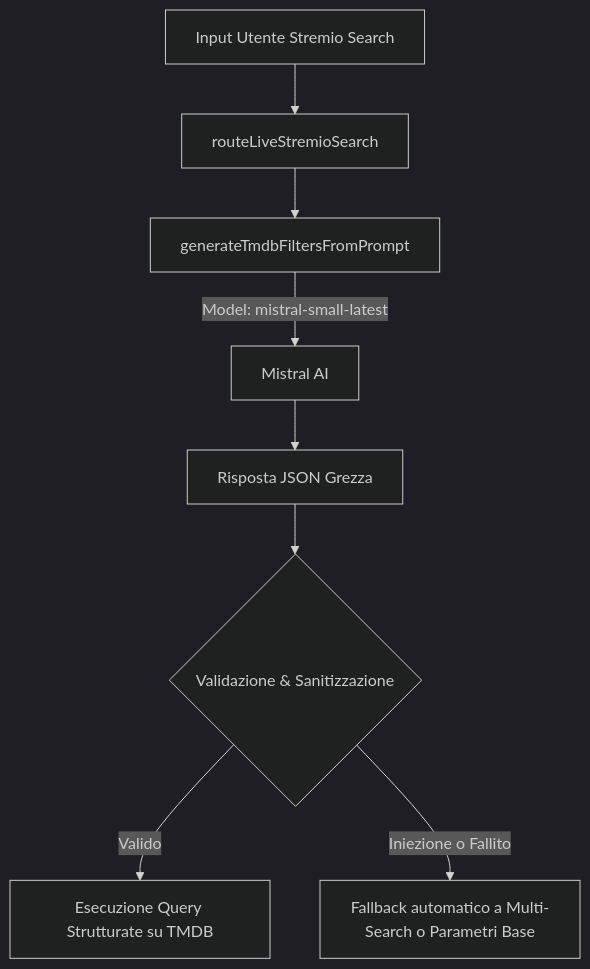
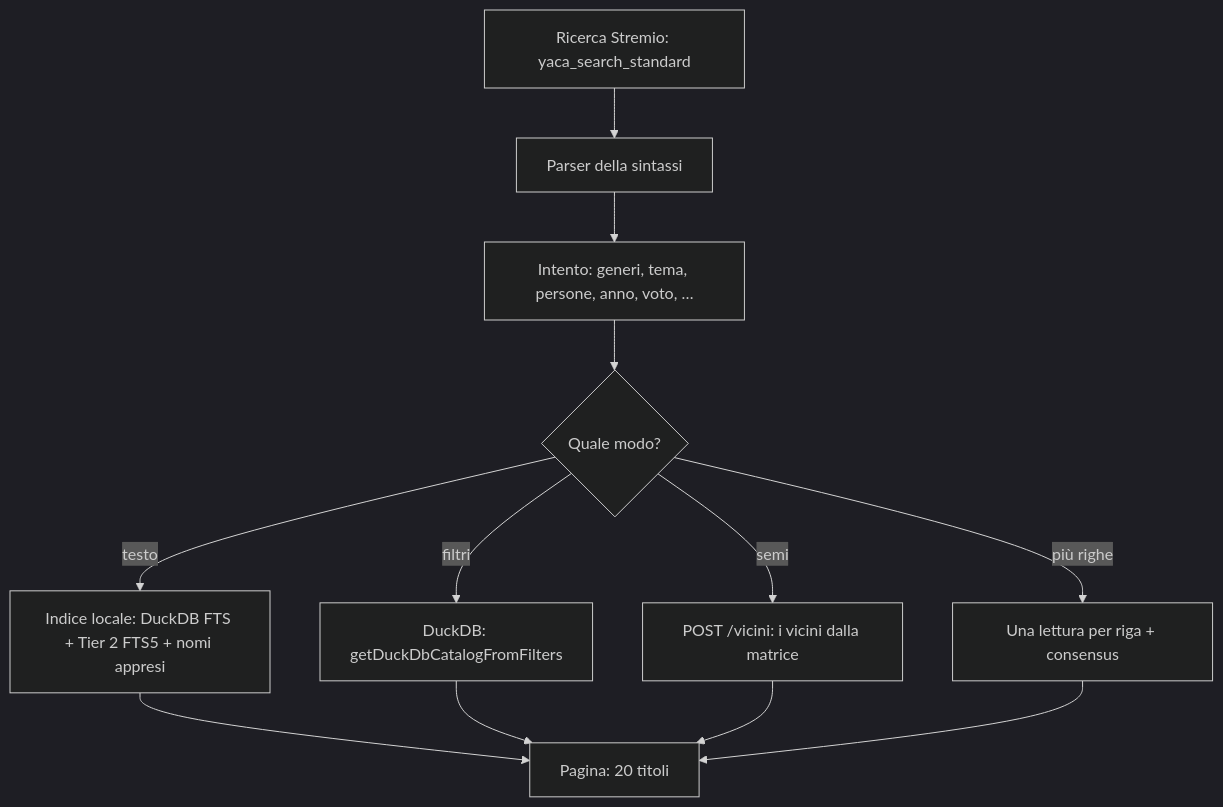
The diagram in docs/AI_ENGINE.md (gabrielefuoco/YACA), drawn with Mermaid (dark theme) before and after one commit. The commit also changed other lines of this file and 17 other files, not shown here.

First line of the commit message:
docs: la ricerca a sintassi, e lo spec dell'effort con le misure

````diff
--- a/docs/AI_ENGINE.md
+++ b/docs/AI_ENGINE.md
@@ -19,10 +72,14 @@
 ```mermaid
 graph TD
-    A[Input Utente Stremio Search] --> B[routeLiveStremioSearch]
-    B --> C[generateTmdbFiltersFromPrompt]
-    C -->|Model: mistral-small-latest| D[Mistral AI]
-    D --> E[Risposta JSON Grezza]
-    E --> F{Validazione & Sanitizzazione}
-    F -->|Valido| G[Esecuzione Query Strutturate su TMDB]
-    F -->|Iniezione o Fallito| H[Fallback automatico a Multi-Search o Parametri Base]
+    A[Ricerca Stremio: yaca_search_standard] --> B[Parser della sintassi]
+    B --> C[Intento: generi, tema, persone, anno, voto, …]
+    C --> D{Quale modo?}
+    D -->|testo| E[Indice locale: DuckDB FTS + Tier 2 FTS5 + nomi appresi]
+    D -->|filtri| F[DuckDB: getDuckDbCatalogFromFilters]
+    D -->|semi| G[POST /vicini: i vicini dalla matrice]
+    D -->|più righe| H[Una lettura per riga + consensus]
+    E --> I[Pagina: 20 titoli]
+    F --> I
+    G --> I
+    H --> I
 ```
````
